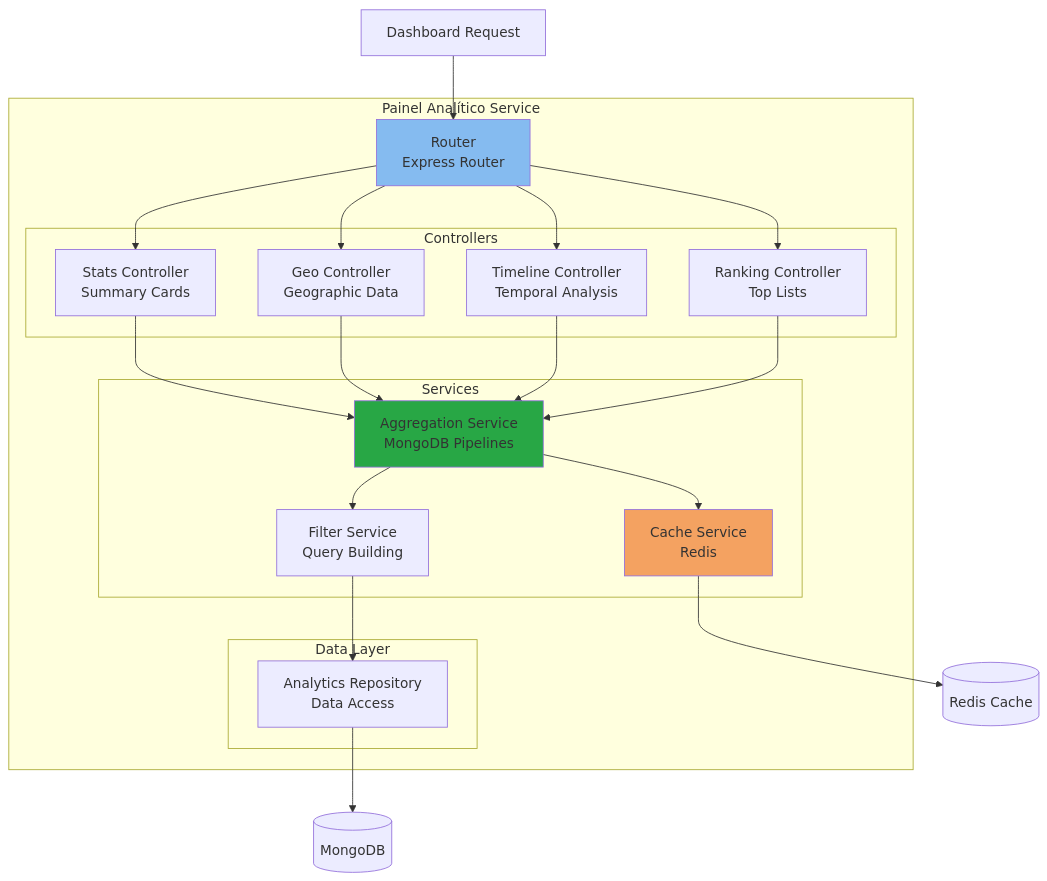
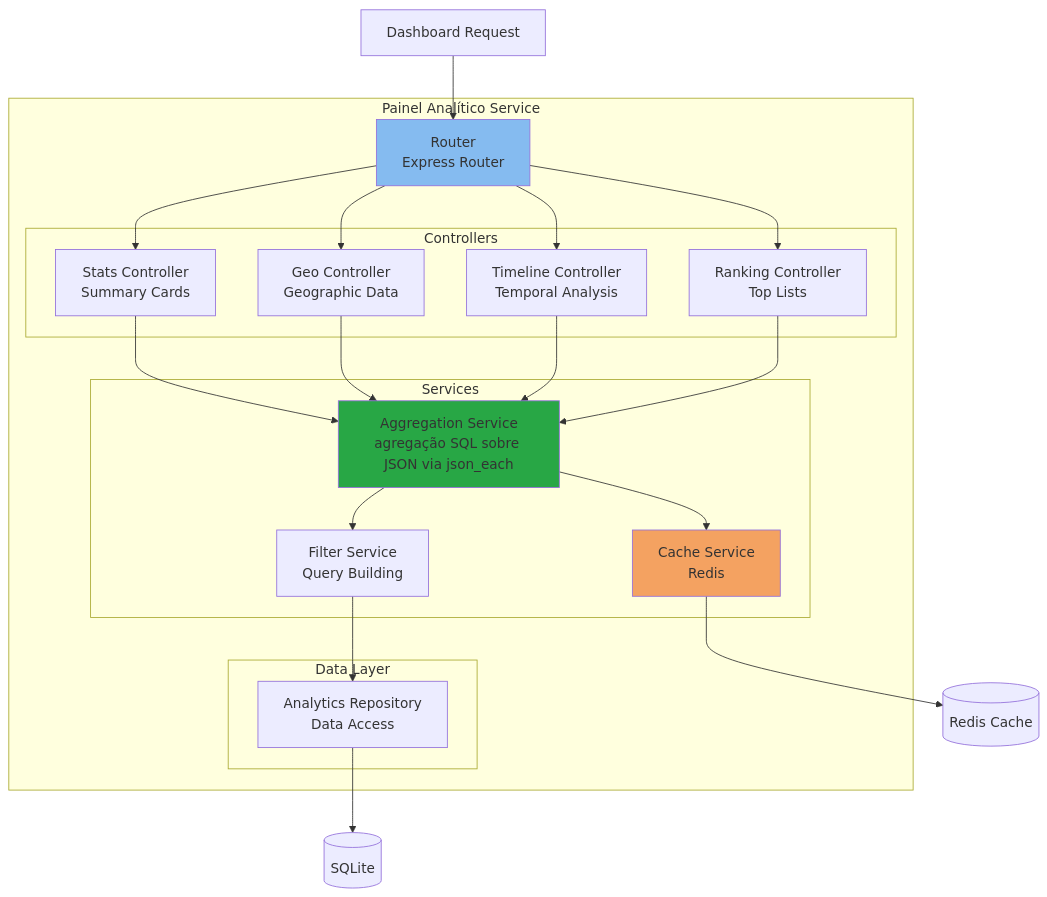
The seventh of 7 diagrams in docs/c4-model/03-component-diagram.md (edalcin/Arquitetura-BioCultural), drawn with Mermaid before and after one commit. The commit also changed other lines of this file and 13 other files, not shown here.

First line of the commit message:
docs: arquitetura v3.1 - persistencia SQLite com JSON por unidade (ADR-005)

````diff
--- a/docs/c4-model/03-component-diagram.md
+++ b/docs/c4-model/03-component-diagram.md
@@ -1766,45 +1766,45 @@
 ```mermaid
 graph TB
     subgraph "Painel Analítico Service"
         ROUTER_DASH[Router<br/>Express Router]
 
         subgraph "Controllers"
             STATS[Stats Controller<br/>Summary Cards]
             GEO[Geo Controller<br/>Geographic Data]
             TIME[Timeline Controller<br/>Temporal Analysis]
             RANK[Ranking Controller<br/>Top Lists]
         end
 
         subgraph "Services"
-            AGG[Aggregation Service<br/>MongoDB Pipelines]
+            AGG[Aggregation Service<br/>agregação SQL sobre JSON via json_each]
             CACHE_SVC[Cache Service<br/>Redis]
             FILTER[Filter Service<br/>Query Building]
         end
 
         subgraph "Data Layer"
             REPO[Analytics Repository<br/>Data Access]
         end
     end
 
     CLIENT_DASH[Dashboard Request] --> ROUTER_DASH
     ROUTER_DASH --> STATS
     ROUTER_DASH --> GEO
     ROUTER_DASH --> TIME
     ROUTER_DASH --> RANK
 
     STATS --> AGG
     GEO --> AGG
     TIME --> AGG
     RANK --> AGG
 
     AGG --> CACHE_SVC
     AGG --> FILTER
     FILTER --> REPO
 
     CACHE_SVC --> REDIS[(Redis Cache)]
-    REPO --> DB_DASH[(MongoDB)]
+    REPO --> DB_DASH[(SQLite)]
 
     style ROUTER_DASH fill:#85bbf0
     style AGG fill:#28a745
     style CACHE_SVC fill:#f4a261
 ```
````
